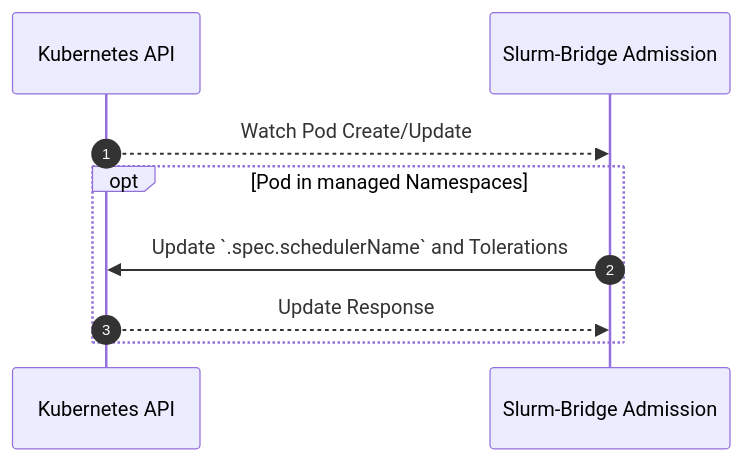
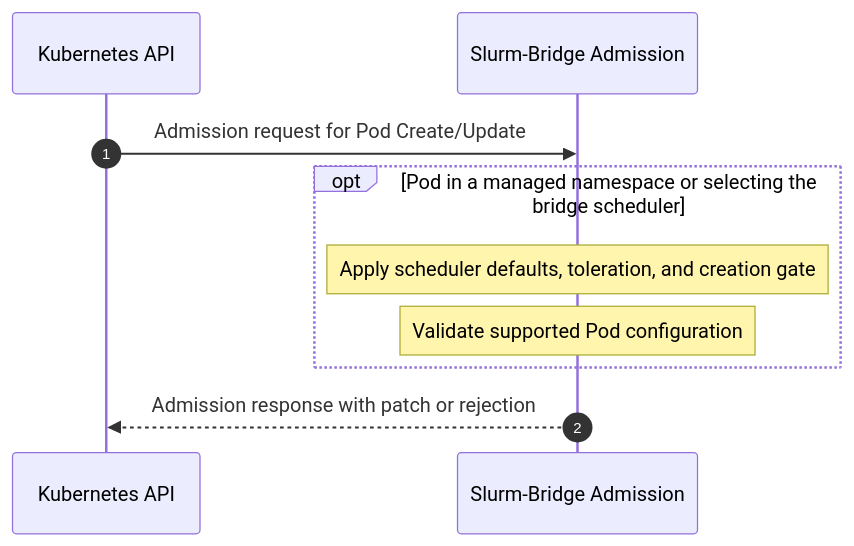
One commit to SlinkyProject/slurm-bridge changed the diagram in docs/admission.md. Above: the diagram before and after it, drawn with Mermaid. The commit also changed other lines of this file and 2 other files, not shown here.

First line of the commit message:
docs: correct admission routing and validation behavior

````diff
--- a/docs/admission.md
+++ b/docs/admission.md
@@ -85,13 +93,14 @@
 ```mermaid
 sequenceDiagram
   autonumber
 
   participant KAPI as Kubernetes API
   participant SBA as Slurm-Bridge Admission
 
-  KAPI-->>SBA: Watch Pod Create/Update
-  opt Pod in managed Namespaces
-    SBA->>KAPI: Update `.spec.schedulerName` and Tolerations
-    KAPI-->>SBA: Update Response
-  end %% opt Pod in managed Namespaces
+  KAPI->>SBA: Admission request for Pod Create/Update
+  opt Pod in a managed namespace or selecting the bridge scheduler
+    note over SBA: Apply scheduler defaults, toleration, and creation gate
+    note over SBA: Validate supported Pod configuration
+  end
+  SBA-->>KAPI: Admission response with patch or rejection
 ```
````
